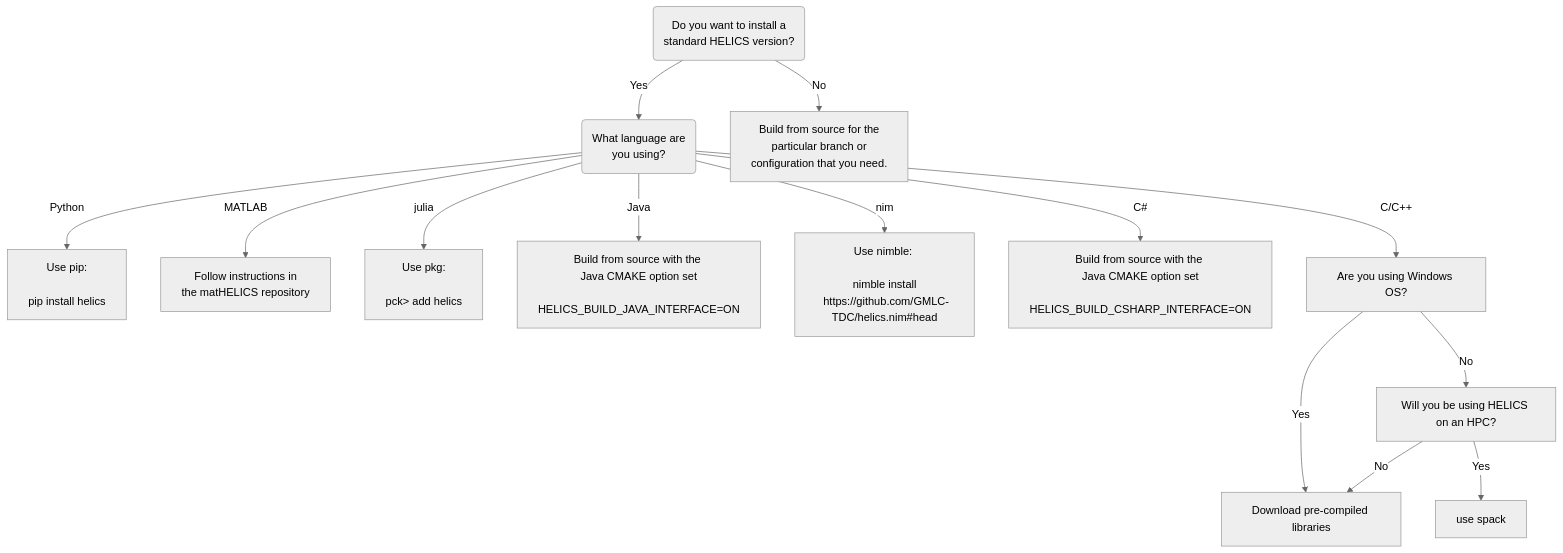
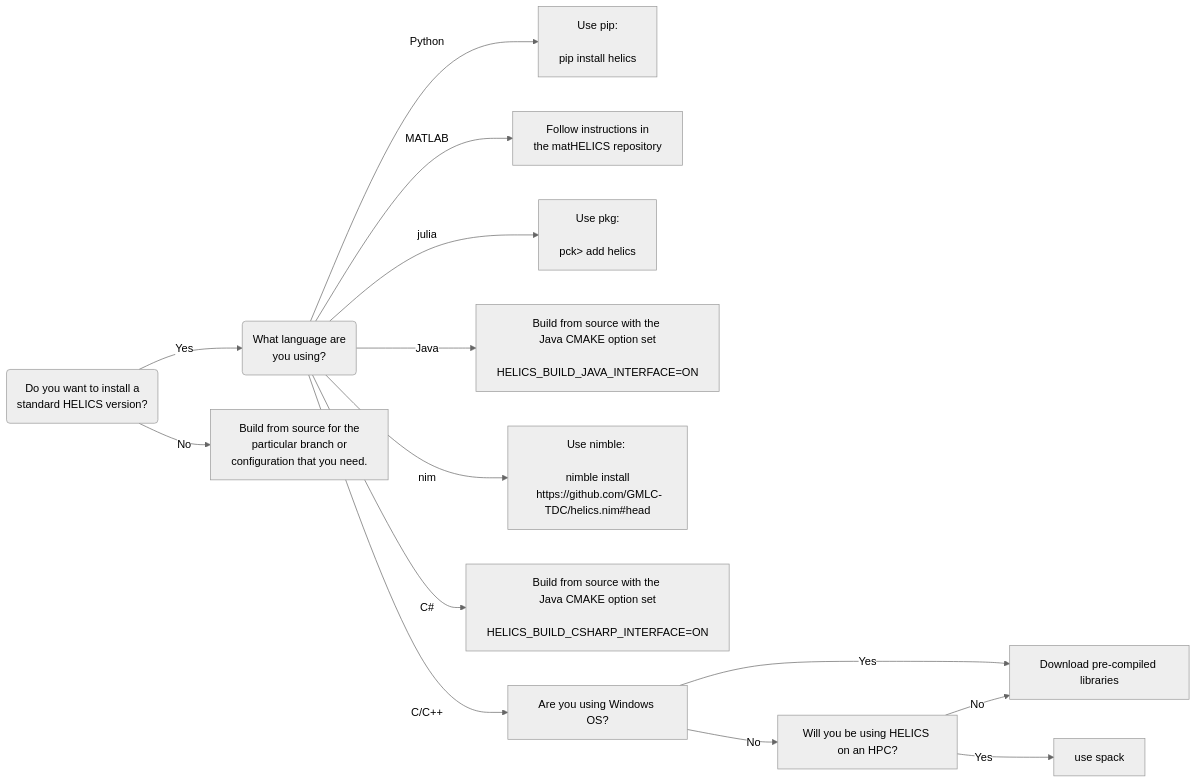
One commit to GMLC-TDC/HELICS changed the diagram in docs/user-guide/installation/index.md. Above: the diagram before and after it, drawn with Mermaid.

Commit message:
Change installation flowchart direction to help it fit on the page better

````diff
--- a/docs/user-guide/installation/index.md
+++ b/docs/user-guide/installation/index.md
@@ -20,25 +20,25 @@
 ```{mermaid}
 %%{init: {'theme': 'neutral'}}%%
-graph TD
+graph LR
     Start(Do you want to install a <br/> standard HELICS version?) -->|Yes| languageChoice(What language are <br/> you using?)
     Start -->|No| C[Build from source for the <br> particular branch or <br/> configuration that you need.]
     languageChoice -->|Python| python[Use pip: <br><br> pip install helics]
     languageChoice -->|MATLAB| matlab[Follow instructions in <br> the matHELICS repository]
     languageChoice -->|julia| julia[Use pkg: <br><br> pck> add helics]
     languageChoice -->|Java| java[Build from source with the <br> Java CMAKE option set <br><br>HELICS_BUILD_JAVA_INTERFACE=ON]
     languageChoice -->|nim| nim[Use nimble: <br><br> nimble install <br> https://github.com/GMLC-TDC/helics.nim#head]
     languageChoice -->|C#| csharp[Build from source with the <br> Java CMAKE option set <br><br>HELICS_BUILD_CSHARP_INTERFACE=ON]
     languageChoice -->|C/C++| usingWindows[Are you using Windows OS?]
     usingWindows --> |Yes| precompiled[Download pre-compiled libraries]
     usingWindows --> |No| hpc[Will you be using HELICS on an HPC?]
     hpc --> |Yes| spack[use spack]
     hpc --> |No| precompiled
     click python "https://python.helics.org/installation/" "pyhelics installation guide"
     click matlab "https://github.com/GMLC-TDC/matHELICS/blob/main/README.md" "matHELICS installation guide"
     click julia "https://github.com/GMLC-TDC/HELICS.jl/blob/master/README.md" "HELICS.jl installation guide"
     click java "https://docs.helics.org/en/latest/user-guide/installation/build_from_source.html" "jHELICS installation guide"
     click nim "https://github.com/GMLC-TDC/helics.nim/blob/master/README.md" "nim installation guide"
     click csharp "https://docs.helics.org/en/latest/user-guide/installation/build_from_source.html" "C# installation guide"
     click precompiled "https://docs.helics.org/en/latest/user-guide/installation/installing_the_pre_compiled_libraries.html" "precompiled libraries installation guide"
     click spack "https://docs.helics.org/en/latest/user-guide/installation/spack.html" "spack installation guide"
 ```
````
